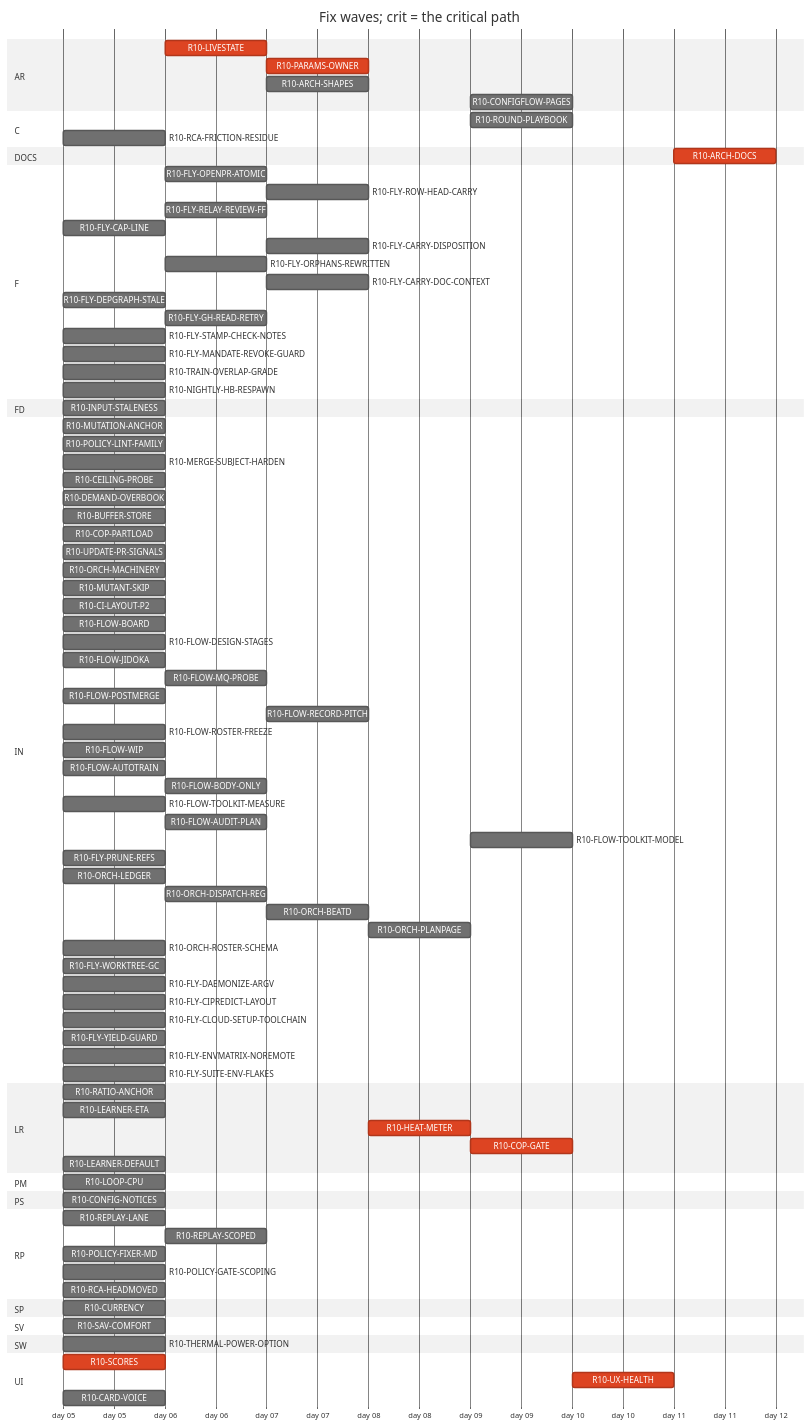
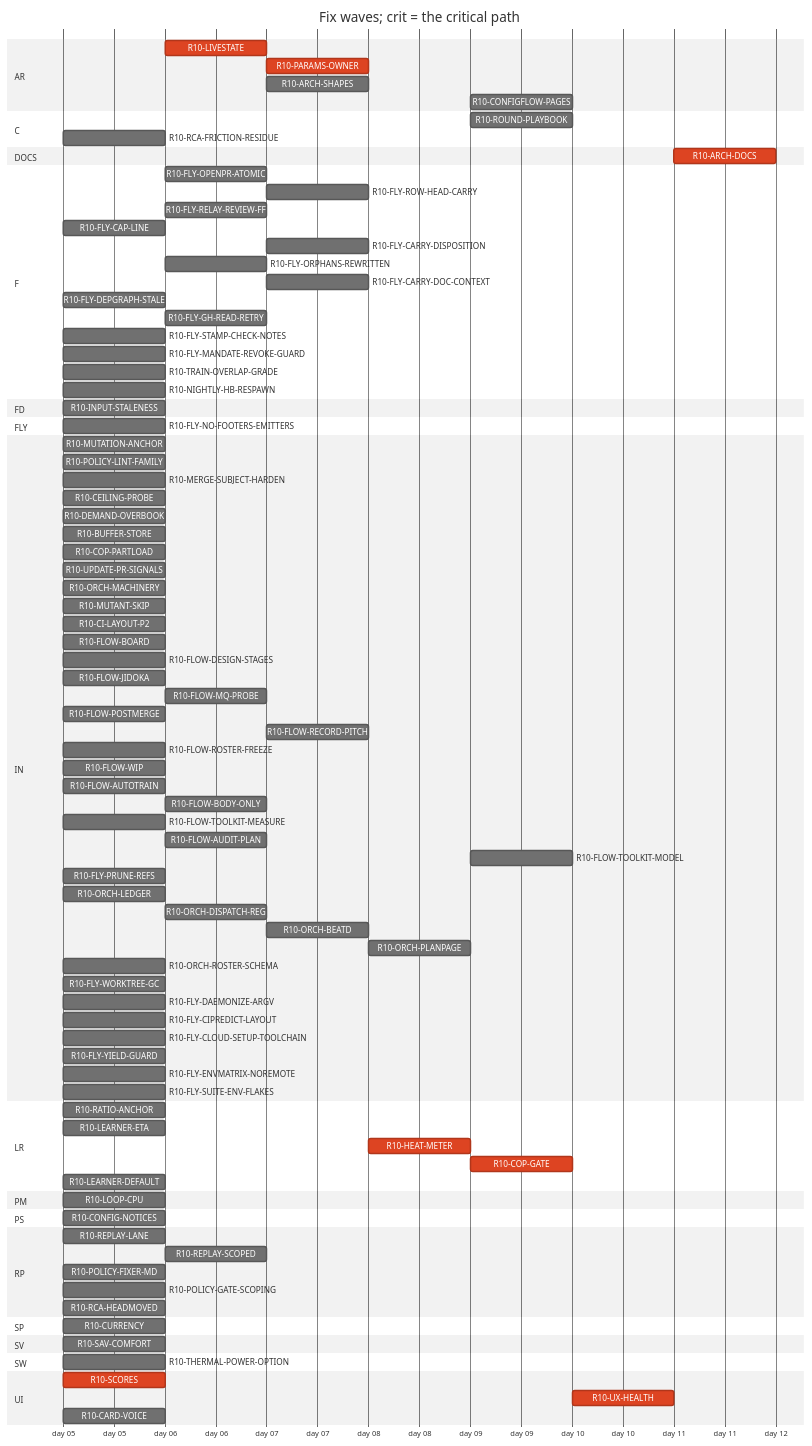
Before and after one commit to tvofi/heatpump_optimizer: the diagram in handoff/round10/state/PLAN-TABLE.md, drawn with Mermaid (neutral theme). The commit also changed other lines of this file and 2 other files, not shown here.

```diff
--- a/handoff/round10/state/PLAN-TABLE.md
+++ b/handoff/round10/state/PLAN-TABLE.md
@@ -55,6 +56,8 @@
     R10-NIGHTLY-HB-RESPAWN :r10NIGHTLYHBRESPAWN, 2026-01-05, 1d
   section FD
     R10-INPUT-STALENESS :r10INPUTSTALENESS, 2026-01-05, 1d
+  section FLY
+    R10-FLY-NO-FOOTERS-EMITTERS :r10FLYNOFOOTERSEMITTERS, 2026-01-05, 1d
   section IN
     R10-MUTATION-ANCHOR :r10MUTATIONANCHOR, 2026-01-05, 1d
     R10-POLICY-LINT-FAMILY :r10POLICYLINTFAMILY, 2026-01-05, 1d
```
